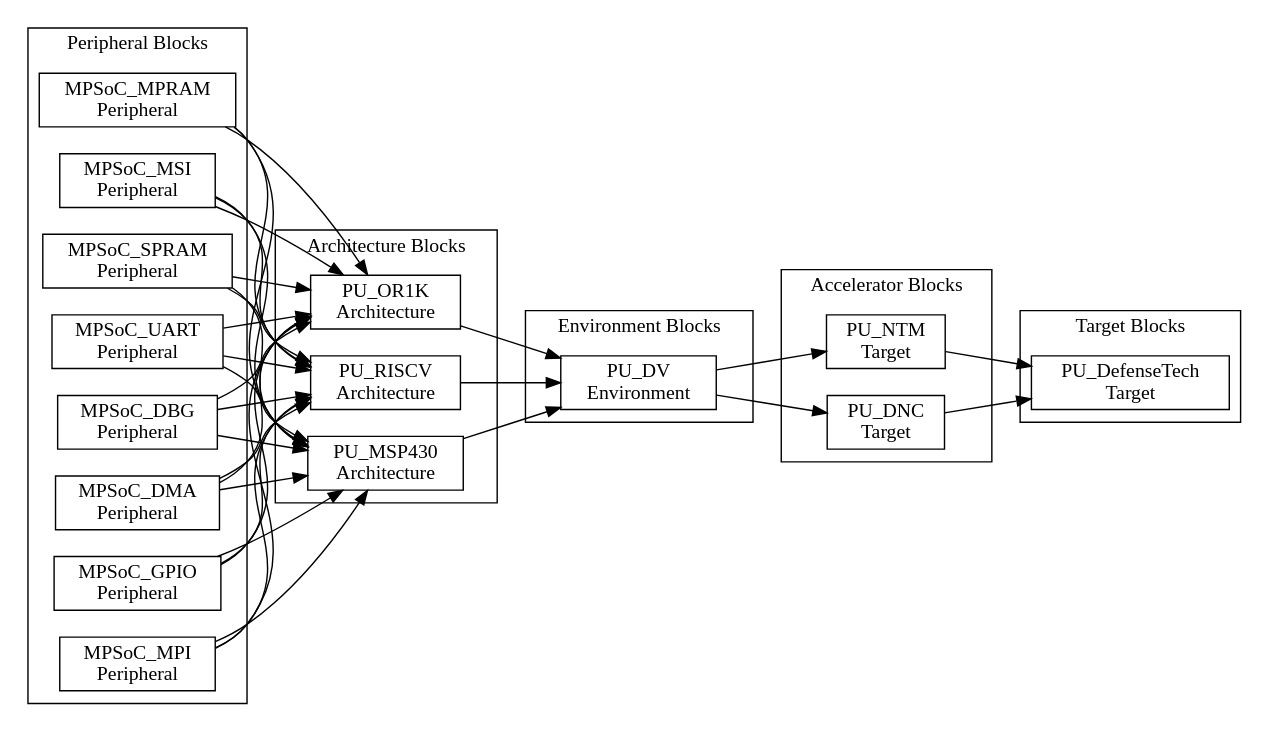
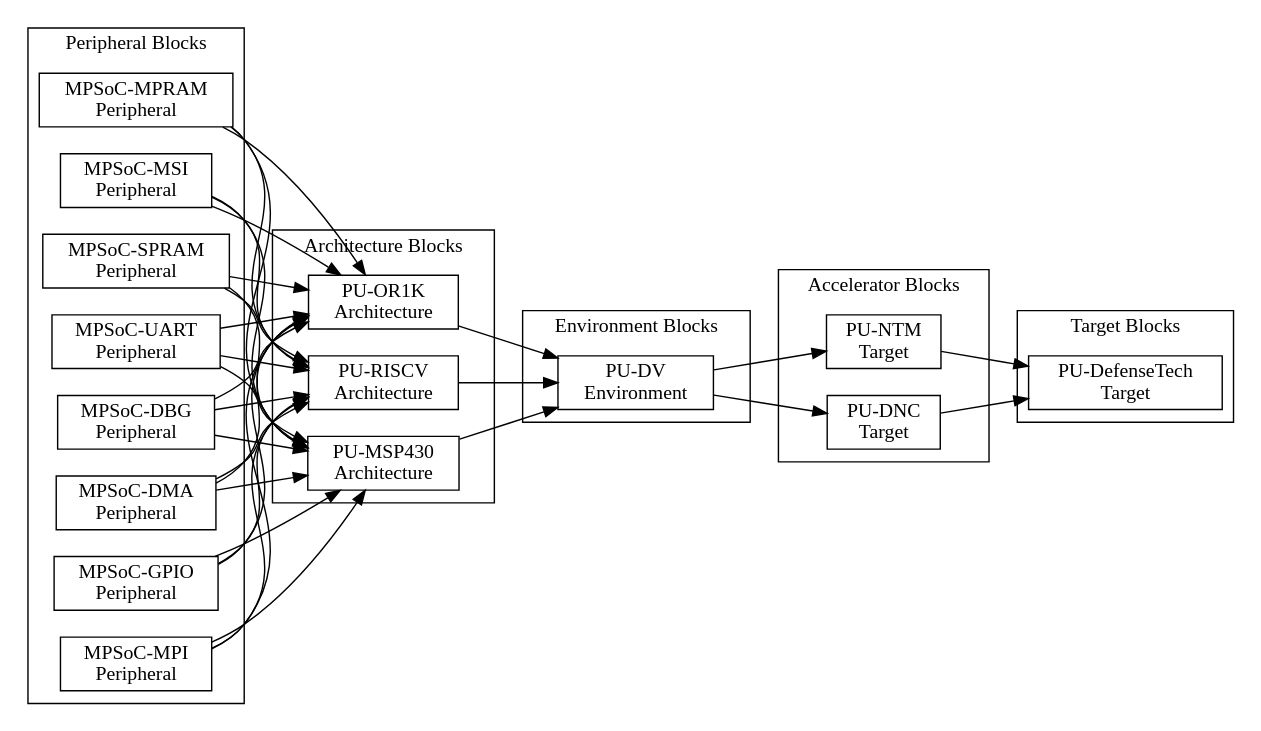
Before and after one commit to PacoReinaCampo/SoC-RTOS: the diagram in doc/book/assets/chapter3/dependences-pu-defensetech.dot, drawn with Graphviz. The commit also changed 57 other files, not shown here.

```diff
--- a/doc/book/assets/chapter3/dependences-pu-defensetech.dot
+++ b/doc/book/assets/chapter3/dependences-pu-defensetech.dot
@@ -1,80 +1,80 @@
 digraph Project {
   // Introduction
   graph [rankdir = LR];
   node[shape=record];
 
   // Peripheral Blocks
   subgraph "cluster PeripheralBlocks" { label = "Peripheral Blocks";
-    MPSoC_DBG[label="MPSoC_DBG \nPeripheral"];
-    MPSoC_DMA[label="MPSoC_DMA \nPeripheral"];
-    MPSoC_GPIO[label="MPSoC_GPIO \nPeripheral"];
-    MPSoC_MPI[label="MPSoC_MPI \nPeripheral"];
-    MPSoC_MPRAM[label="MPSoC_MPRAM \nPeripheral"];
-    MPSoC_MSI[label="MPSoC_MSI \nPeripheral"];
-    MPSoC_SPRAM[label="MPSoC_SPRAM \nPeripheral"];
-    MPSoC_UART[label="MPSoC_UART \nPeripheral"];
+    MPSoC_DBG[label="MPSoC-DBG \nPeripheral"];
+    MPSoC_DMA[label="MPSoC-DMA \nPeripheral"];
+    MPSoC_GPIO[label="MPSoC-GPIO \nPeripheral"];
+    MPSoC_MPI[label="MPSoC-MPI \nPeripheral"];
+    MPSoC_MPRAM[label="MPSoC-MPRAM \nPeripheral"];
+    MPSoC_MSI[label="MPSoC-MSI \nPeripheral"];
+    MPSoC_SPRAM[label="MPSoC-SPRAM \nPeripheral"];
+    MPSoC_UART[label="MPSoC-UART \nPeripheral"];
   }
 
   // Architecture Blocks
   subgraph "cluster ArchitectureBlocks" { label = "Architecture Blocks";
-    PU_MSP430[label="PU_MSP430 \nArchitecture"];
-    PU_OR1K[label="PU_OR1K \nArchitecture"];
-    PU_RISCV[label="PU_RISCV \nArchitecture"];
+    PU_MSP430[label="PU-MSP430 \nArchitecture"];
+    PU_OR1K[label="PU-OR1K \nArchitecture"];
+    PU_RISCV[label="PU-RISCV \nArchitecture"];
   }
 
   // Environment Blocks
   subgraph "cluster EnvironmentBlocks" { label = "Environment Blocks";
-    PU_DV[label="PU_DV \nEnvironment"];
+    PU_DV[label="PU-DV \nEnvironment"];
   }
 
   // Accelerator Blocks
   subgraph "cluster AcceleratorBlocks" { label = "Accelerator Blocks";
-    PU_NTM[label="PU_NTM \nTarget"];
-    PU_DNC[label="PU_DNC \nTarget"];
+    PU_NTM[label="PU-NTM \nTarget"];
+    PU_DNC[label="PU-DNC \nTarget"];
   }
 
   // Target Blocks
   subgraph "cluster TargetBlocks" { label = "Target Blocks";
-    PU_DefenseTech[label="PU_DefenseTech \nTarget"];
+    PU_DefenseTech[label="PU-DefenseTech \nTarget"];
   }
 
   MPSoC_DBG -> PU_MSP430;
   MPSoC_DMA -> PU_MSP430;
   MPSoC_GPIO -> PU_MSP430;
   MPSoC_MPI -> PU_MSP430;
   MPSoC_MPRAM -> PU_MSP430;
   MPSoC_MSI -> PU_MSP430;
   MPSoC_SPRAM -> PU_MSP430;
   MPSoC_UART -> PU_MSP430;
 
   MPSoC_DBG -> PU_OR1K;
   MPSoC_DMA -> PU_OR1K;
   MPSoC_GPIO -> PU_OR1K;
   MPSoC_MPI -> PU_OR1K;
   MPSoC_MPRAM -> PU_OR1K;
   MPSoC_MSI -> PU_OR1K;
   MPSoC_SPRAM -> PU_OR1K;
   MPSoC_UART -> PU_OR1K;
 
   MPSoC_DBG -> PU_RISCV;
   MPSoC_DMA -> PU_RISCV;
   MPSoC_GPIO -> PU_RISCV;
   MPSoC_MPI -> PU_RISCV;
   MPSoC_MPRAM -> PU_RISCV;
   MPSoC_MSI -> PU_RISCV;
   MPSoC_SPRAM -> PU_RISCV;
   MPSoC_UART -> PU_RISCV;
 
   // Architecture -> Environment
   PU_MSP430 -> PU_DV;
   PU_OR1K -> PU_DV;
   PU_RISCV -> PU_DV;
 
   // Environment -> Accelerator
   PU_DV -> PU_NTM;
   PU_DV -> PU_DNC;
 
   // Accelerator -> Target
   PU_NTM -> PU_DefenseTech;
   PU_DNC -> PU_DefenseTech;
 }
```
